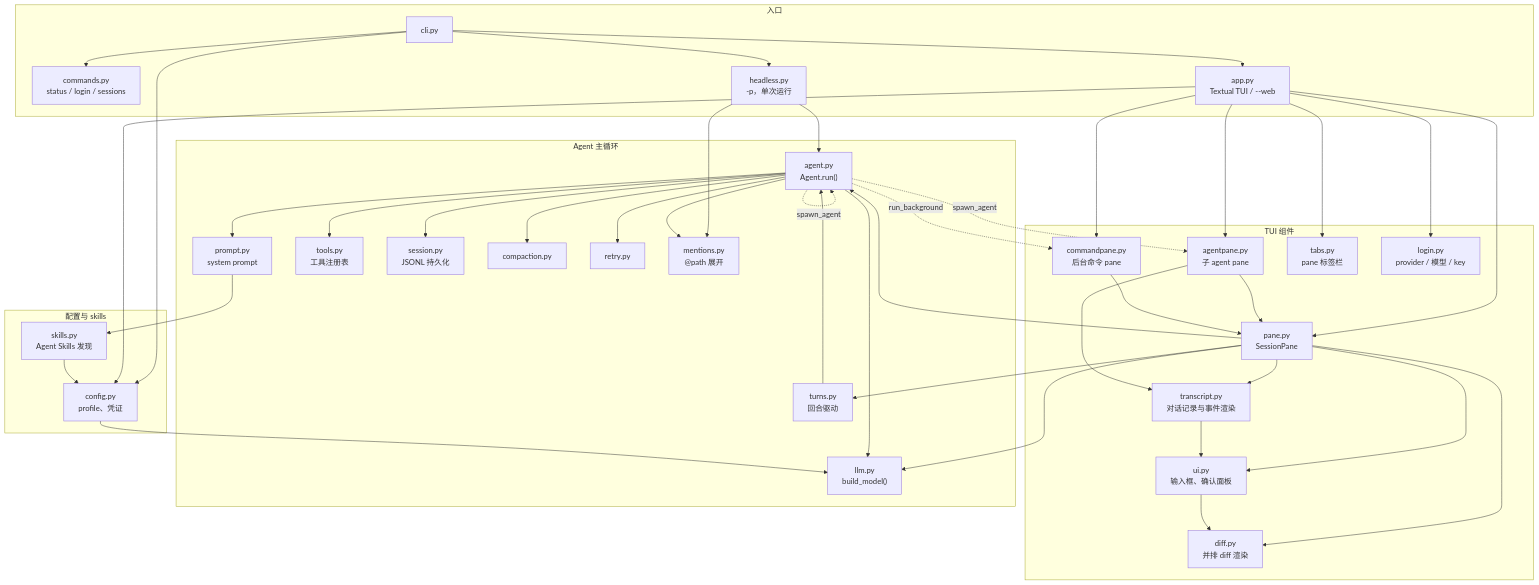
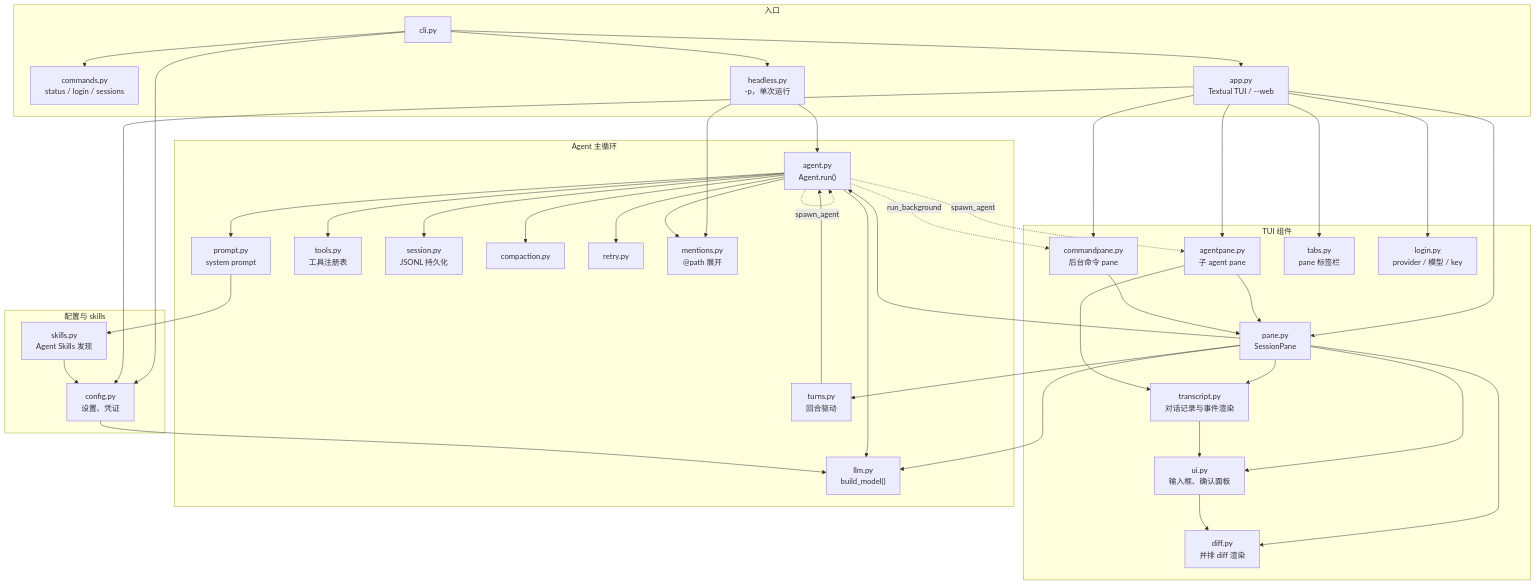
Before and after one commit to aisk/paimon: the diagram in README.zh-CN.md, drawn with Mermaid. The commit also changed other lines of this file and 25 other files, not shown here.

````diff
--- a/README.zh-CN.md
+++ b/README.zh-CN.md
@@ -126,82 +125,82 @@
 ```mermaid
 flowchart TD
     subgraph entry["入口"]
         CLI["cli.py"]
         Commands["commands.py<br/>status / login / sessions"]
         Headless["headless.py<br/>-p，单次运行"]
         App["app.py<br/>Textual TUI / --web"]
     end
 
     subgraph tui["TUI 组件"]
         Pane["pane.py<br/>SessionPane"]
         AgentPane["agentpane.py<br/>子 agent pane"]
         CommandPane["commandpane.py<br/>后台命令 pane"]
         Transcript["transcript.py<br/>对话记录与事件渲染"]
         Tabs["tabs.py<br/>pane 标签栏"]
         Login["login.py<br/>provider / 模型 / key"]
         UIWidgets["ui.py<br/>输入框、确认面板"]
         Diff["diff.py<br/>并排 diff 渲染"]
     end
 
     subgraph core["Agent 主循环"]
         AgentLoop["agent.py<br/>Agent.run()"]
         LLM["llm.py<br/>build_model()"]
         PromptMod["prompt.py<br/>system prompt"]
         ToolsMod["tools.py<br/>工具注册表"]
         SessionMod["session.py<br/>JSONL 持久化"]
         Compaction["compaction.py"]
         Retry["retry.py"]
         Mentions["mentions.py<br/>@path 展开"]
         Jobs["turns.py<br/>回合驱动"]
     end
 
     subgraph support["配置与 skills"]
-        Config["config.py<br/>profile、凭证"]
+        Config["config.py<br/>设置、凭证"]
         Skills["skills.py<br/>Agent Skills 发现"]
     end
 
     CLI --> Commands
     CLI --> Headless
     CLI --> App
     CLI --> Config
 
     Headless --> AgentLoop
     Headless --> Mentions
 
     App --> Pane
     App --> AgentPane
     App --> CommandPane
     App --> Tabs
     App --> Login
     App --> Config
 
     Pane --> Jobs
     Pane --> AgentLoop
     Pane --> Diff
     Pane --> Transcript
     Pane --> UIWidgets
     Pane --> LLM
     AgentPane --> Pane
     AgentPane --> Transcript
     CommandPane --> Pane
     Transcript --> UIWidgets
     UIWidgets --> Diff
 
     AgentLoop --> LLM
     AgentLoop --> PromptMod
     AgentLoop --> ToolsMod
     AgentLoop --> SessionMod
     AgentLoop --> Compaction
     AgentLoop --> Retry
     AgentLoop --> Mentions
     AgentLoop -. "spawn_agent" .-> AgentLoop
     AgentLoop -. "spawn_agent" .-> AgentPane
     AgentLoop -. "run_background" .-> CommandPane
 
     PromptMod --> Skills
 
     Jobs --> AgentLoop
 
     Skills --> Config
     Config --> LLM
 ```
````
